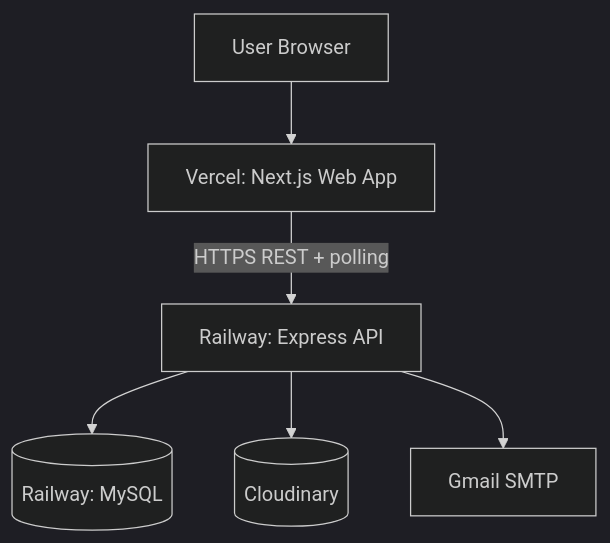
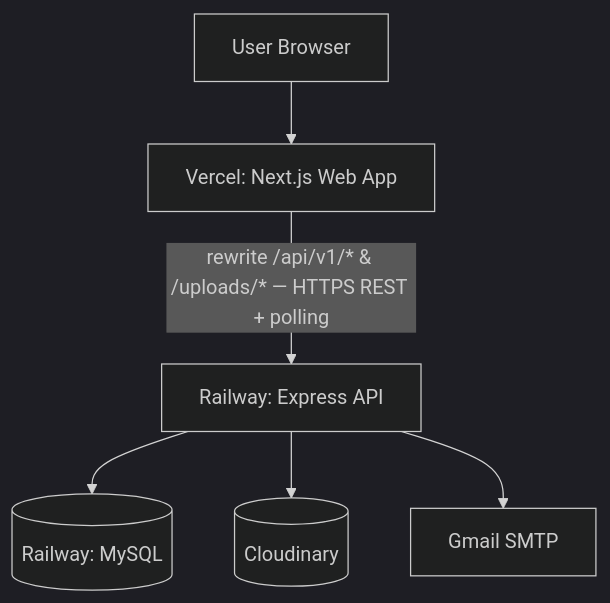
Before and after one commit to RifkiFrds/learnly: the third of 3 diagrams in docs/04-architecture.md, drawn with Mermaid (dark theme). The commit also changed other lines of this file and 10 other files, not shown here.

````diff
--- a/docs/04-architecture.md
+++ b/docs/04-architecture.md
@@ -138,8 +138,8 @@
 ```mermaid
 flowchart TB
     U[User Browser] --> Vercel[Vercel: Next.js Web App]
-    Vercel -->|HTTPS REST + polling| Railway[Railway: Express API]
+    Vercel -->|rewrite /api/v1/* & /uploads/* — HTTPS REST + polling| Railway[Railway: Express API]
     Railway --> MySQL[(Railway: MySQL)]
     Railway --> Cloudinary[(Cloudinary)]
     Railway --> Gmail[Gmail SMTP]
 ```
````
